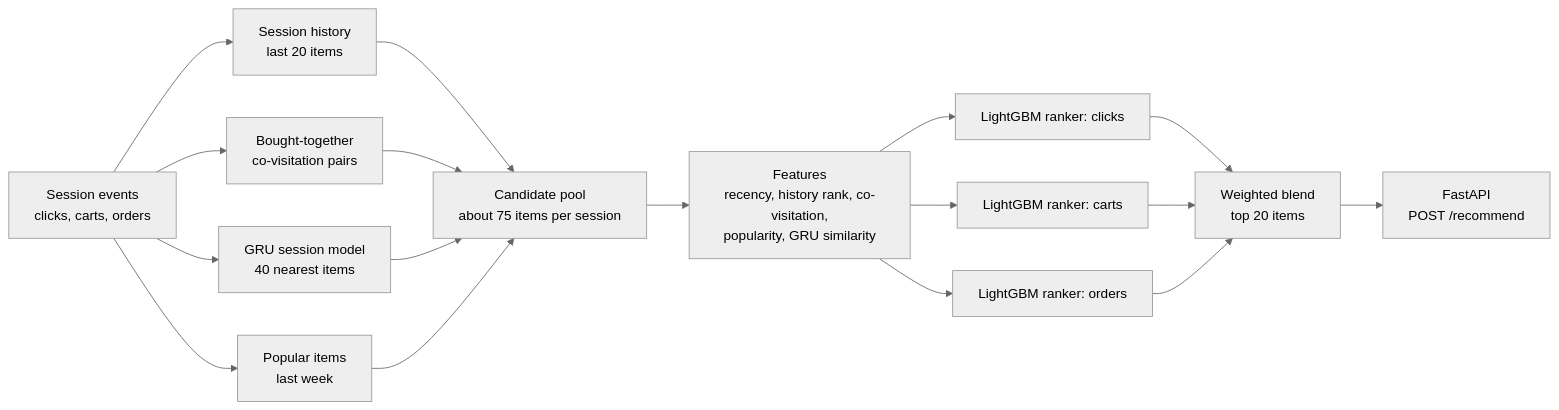
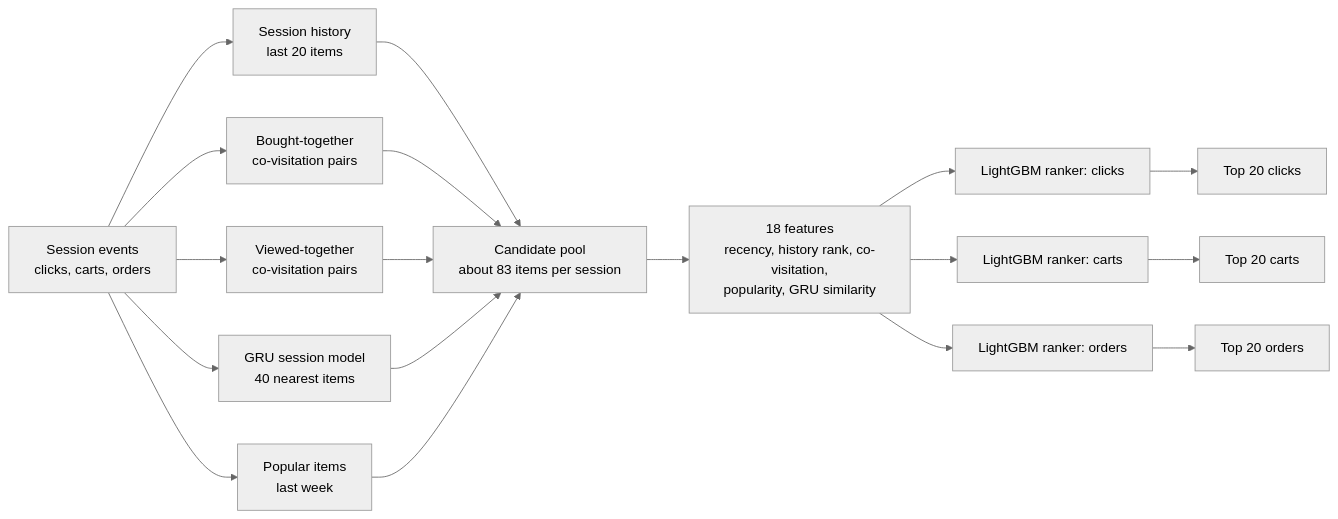
The diagram in README.md (omshivbhosale/otto-two-stage-recommender), drawn with Mermaid (neutral theme) before and after one commit. The commit also changed other lines of this file and 14 other files, not shown here.

````diff
--- a/README.md
+++ b/README.md
@@ -25,19 +28,17 @@
 ```mermaid
 flowchart LR
     S[Session events<br/>clicks, carts, orders] --> H[Session history<br/>last 20 items]
     S --> C[Bought-together<br/>co-visitation pairs]
+    S --> V[Viewed-together<br/>co-visitation pairs]
     S --> G[GRU session model<br/>40 nearest items]
     S --> P[Popular items<br/>last week]
-    H --> POOL[Candidate pool<br/>about 75 items per session]
+    H --> POOL[Candidate pool<br/>about 83 items per session]
     C --> POOL
+    V --> POOL
     G --> POOL
     P --> POOL
-    POOL --> F[Features<br/>recency, history rank, co-visitation,<br/>popularity, GRU similarity]
-    F --> R1[LightGBM ranker: clicks]
-    F --> R2[LightGBM ranker: carts]
-    F --> R3[LightGBM ranker: orders]
-    R1 --> B[Weighted blend<br/>top 20 items]
-    R2 --> B
-    R3 --> B
-    B --> API[FastAPI<br/>POST /recommend]
+    POOL --> F[18 features<br/>recency, history rank, co-visitation,<br/>popularity, GRU similarity]
+    F --> R1[LightGBM ranker: clicks] --> L1[Top 20 clicks]
+    F --> R2[LightGBM ranker: carts] --> L2[Top 20 carts]
+    F --> R3[LightGBM ranker: orders] --> L3[Top 20 orders]
 ```
````
